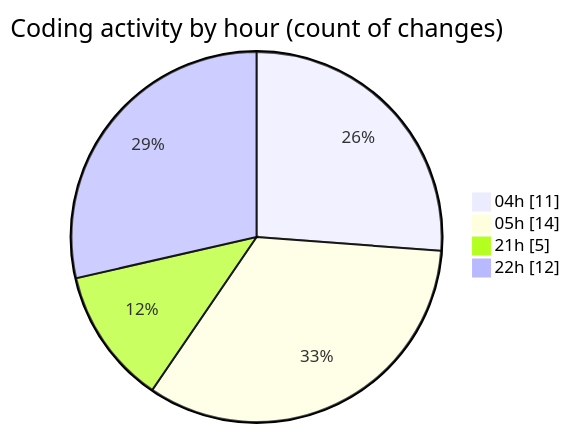
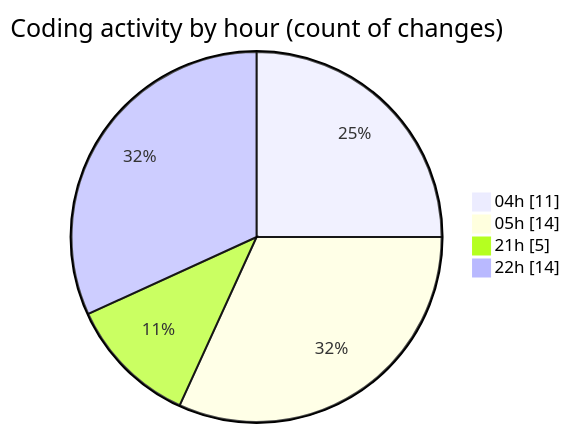
One commit to idhammustaqopulfikri/code-tracking changed the second of 2 diagrams in 2025-03-27/autodidak/README.md. Above: the diagram before and after it, drawn with Mermaid. The commit also changed other lines of this file and 1 other file, not shown here.

````diff
--- a/2025-03-27/autodidak/README.md
+++ b/2025-03-27/autodidak/README.md
@@ -36,8 +36,8 @@
 ```mermaid
 pie showData
 title Coding activity by hour (count of changes)
 "04h" : 11
 "05h" : 14
 "21h" : 5
-"22h" : 12
+"22h" : 14
 ```
````
